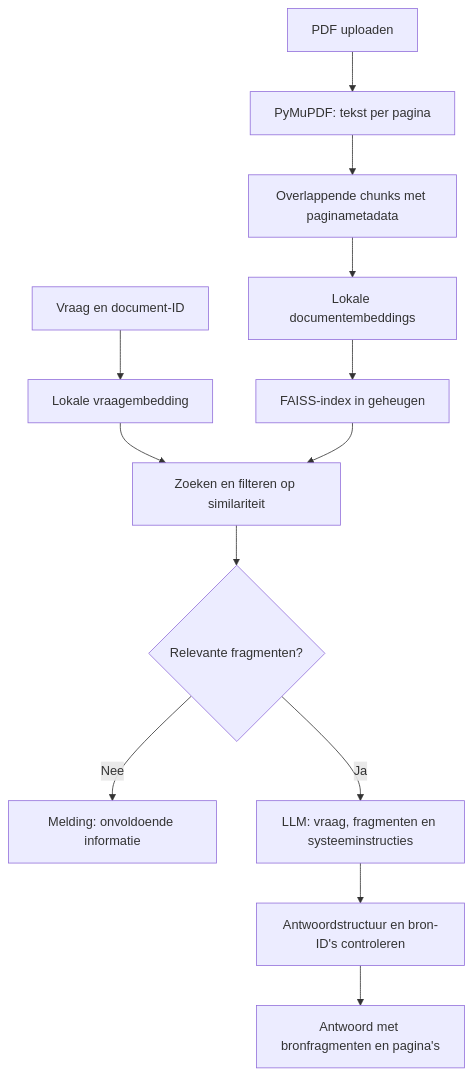
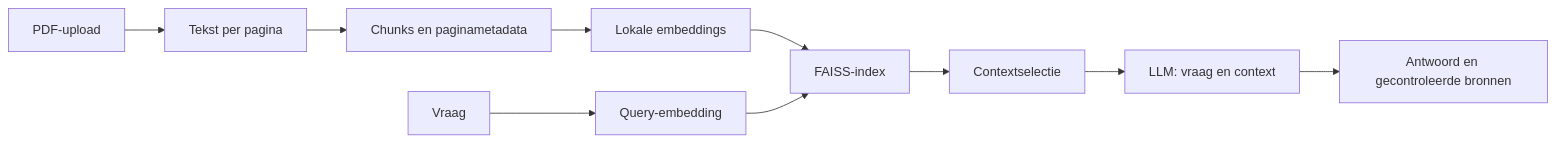
One commit to Kaan-Bas/folio changed the first of 2 diagrams in README.md. Above: the diagram before and after it, drawn with Mermaid. The commit also changed other lines of this file, not shown here.

````diff
--- a/README.md
+++ b/README.md
@@ -554,15 +295,12 @@
 ```mermaid
-flowchart TD
-    A[PDF uploaden] --> B[PyMuPDF: tekst per pagina]
-    B --> C[Overlappende chunks met paginametadata]
-    C --> D[Lokale documentembeddings]
-    D --> E[FAISS-index in geheugen]
-    F[Vraag en document-ID] --> G[Lokale vraagembedding]
-    G --> H[Zoeken en filteren op similariteit]
-    E --> H
-    H --> I{Relevante fragmenten?}
-    I -->|Nee| J[Melding: onvoldoende informatie]
-    I -->|Ja| K[LLM: vraag, fragmenten en systeeminstructies]
-    K --> L[Antwoordstructuur en bron-ID's controleren]
-    L --> M[Antwoord met bronfragmenten en pagina's]
+flowchart LR
+    A[PDF-upload] --> B[Tekst per pagina]
+    B --> C[Chunks en paginametadata]
+    C --> D[Lokale embeddings]
+    D --> E[FAISS-index]
+    F[Vraag] --> G[Query-embedding]
+    G --> E
+    E --> H[Contextselectie]
+    H --> I[LLM: vraag en context]
+    I --> J[Antwoord en gecontroleerde bronnen]
 ```
````
